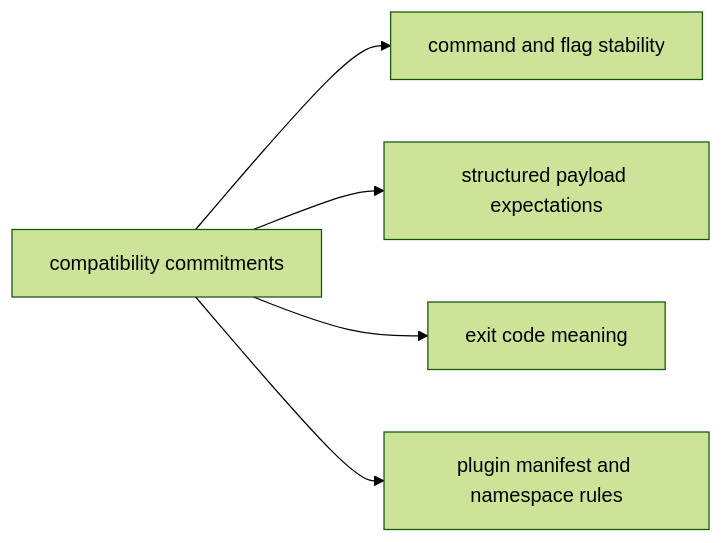
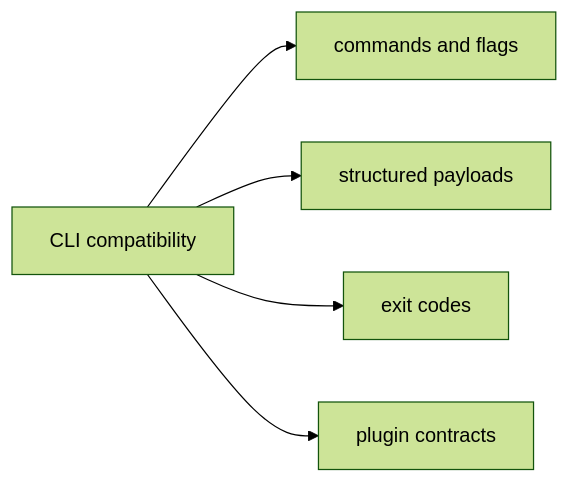
Before and after one commit to bijux/bijux-cli: the diagram in docs/bijux-cli/interfaces/compatibility-commitments.md, drawn with Mermaid (forest theme). The commit also changed other lines of this file, not shown here.

Commit message:
docs(cli-interfaces): clarify compatibility commitments

````diff
--- a/docs/bijux-cli/interfaces/compatibility-commitments.md
+++ b/docs/bijux-cli/interfaces/compatibility-commitments.md
@@ -17,7 +20,7 @@
 ```mermaid
 flowchart LR
-    commitments["compatibility commitments"] --> commands["command and flag stability"]
-    commitments --> payloads["structured payload expectations"]
-    commitments --> exits["exit code meaning"]
-    commitments --> plugin_contracts["plugin manifest and namespace rules"]
+    commitments["CLI compatibility"] --> commands["commands and flags"]
+    commitments --> payloads["structured payloads"]
+    commitments --> exits["exit codes"]
+    commitments --> plugin_contracts["plugin contracts"]
 ```
````
